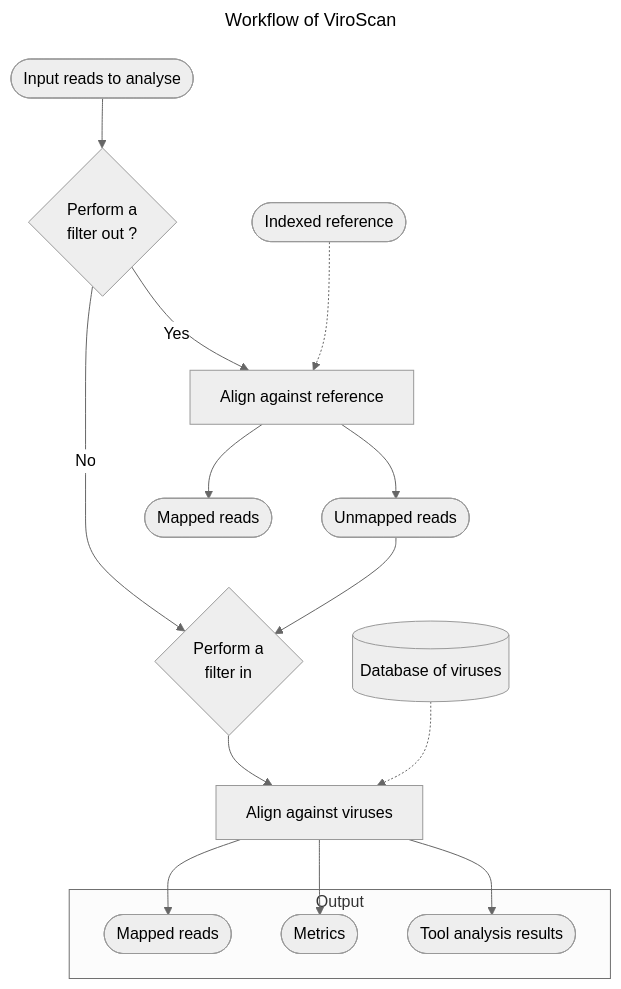
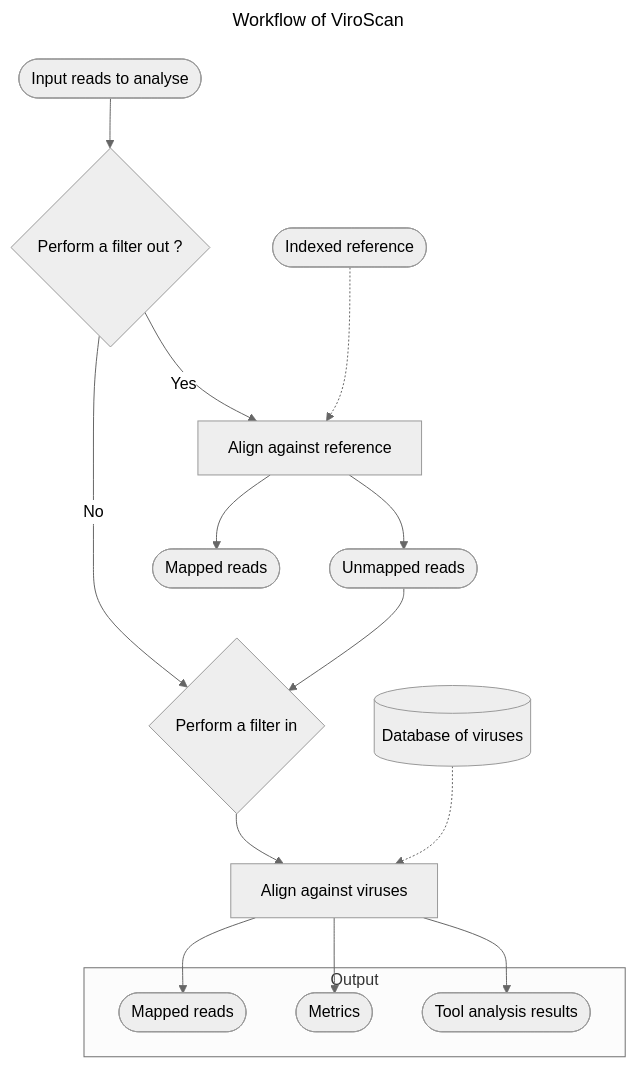
The diagram in README.md (srh-bzd/ViroScan), drawn with Mermaid (neutral theme) before and after one commit.

````diff
--- a/README.md
+++ b/README.md
@@ -27,23 +27,23 @@
 ```mermaid
 ---
 title: Workflow of ViroScan
 ---
 flowchart TD
-    A([Input reads to analyse]) --> B{Perform a \nfilter out ?};
-    B -- No --> F{Perform a \nfilter in};
+    A([Input reads to analyse]) --> B{Perform a filter out ?};
+    B -- No --> F{Perform a filter in};
     B -- Yes --> C[Align against reference];
     D([Indexed reference]) -.-> C;
     C --> K([Mapped reads]);
     C --> E([Unmapped reads]);
     E --> F;
     F --> G[Align against viruses];
     H[(Database of viruses)] -.-> G;
     G --> I([Mapped reads\n]);
     G --> L([Metrics]);
     G --> M([Tool analysis results]);
     subgraph identifier["Output"]
     I;
     L;
     M; 
     end
 ```
````
